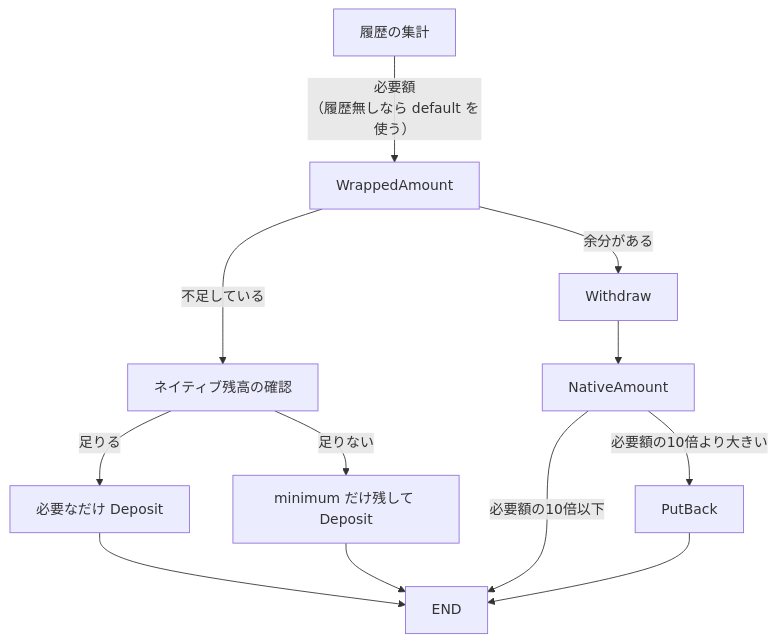
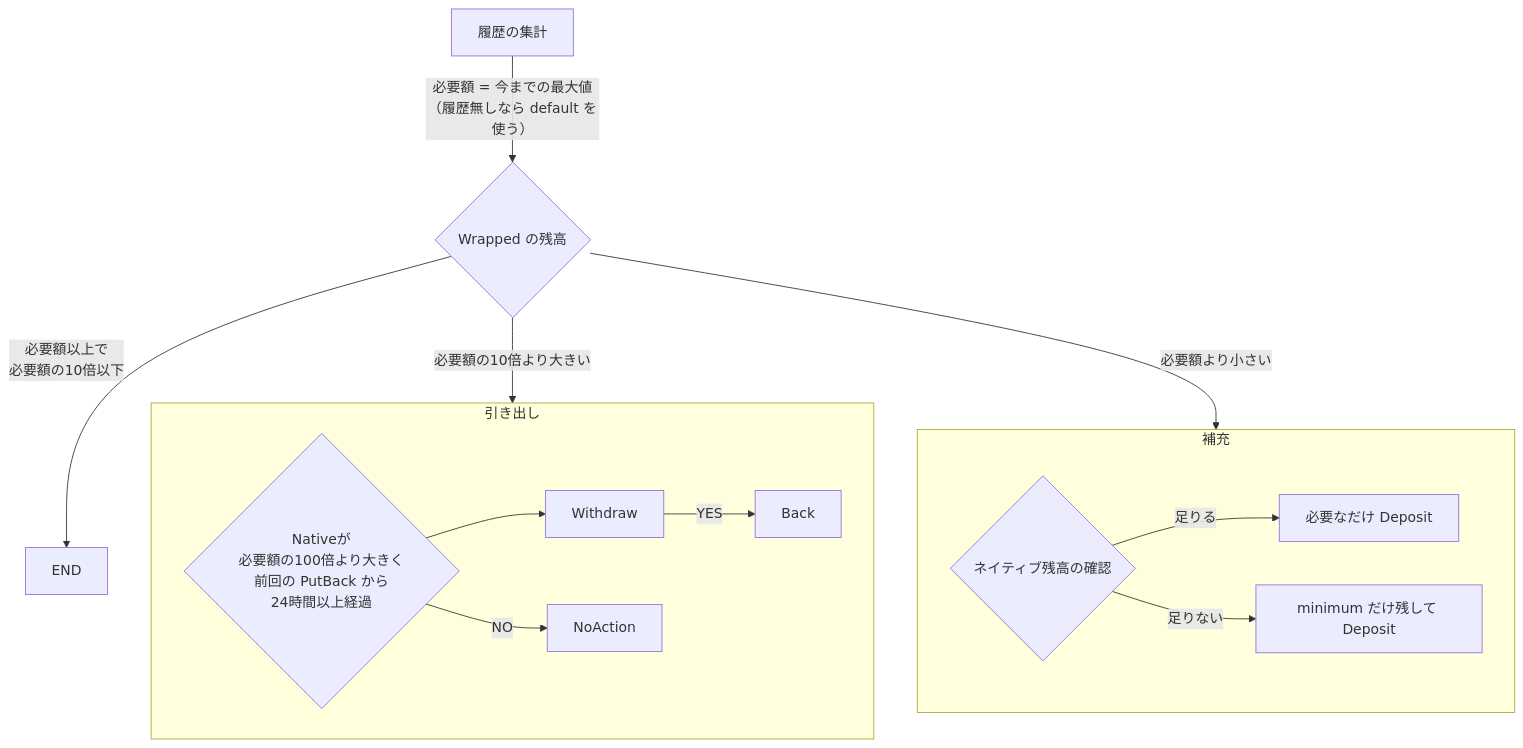
Before and after one commit to fathens/zaciraci: the diagram in diagram/account_balance.mermaid, drawn with Mermaid.

Commit message:
Refactor account balance flow in mermaid diagram.
Updated the logic to clearly separate "PutWrap" and "PutBack" processes while refining the conditions for handling balances. Simplified and clarified transitions for better readability and maintainability.

```diff
--- a/diagram/account_balance.mermaid
+++ b/diagram/account_balance.mermaid
@@ -1,12 +1,18 @@
 graph TD
-    StatsHistory[履歴の集計] -->|必要額<br>（履歴無しなら default を使う）| WrappedAmount
-    WrappedAmount -->|余分がある| Withdraw
-    WrappedAmount -->|不足している| CheckNative[ネイティブ残高の確認]
-    CheckNative -->|足りる| DepositFull[必要なだけ Deposit]
-    CheckNative -->|足りない| DepositLess[minimum だけ残して Deposit]
-    DepositFull --> END
-    DepositLess --> END
-    Withdraw --> NativeAmount
-    NativeAmount -->|必要額の10倍以下| END
-    NativeAmount -->|必要額の10倍より大きい| PutBack
-    PutBack --> END
+    StatsHistory[履歴の集計] -->|必要額 = 今までの最大値<br>（履歴無しなら default を使う）| WrappedAmount{Wrapped の残高}
+    WrappedAmount -->|必要額の10倍より大きい| PutBack
+    WrappedAmount -->|必要額以上で<br>必要額の10倍以下| END
+    WrappedAmount -->|必要額より小さい| PutWrap
+
+    subgraph PutWrap[補充]
+        CheckNative{ネイティブ残高の確認}
+        CheckNative -->|足りる| DepositFull[必要なだけ Deposit]
+        CheckNative -->|足りない| DepositLess[minimum だけ残して Deposit]
+    end
+
+    subgraph PutBack[引き出し]
+        NativeAmount{Nativeが<br>必要額の100倍より大きく<br>前回の PutBack から<br>24時間以上経過}
+        NativeAmount --> Withdraw
+        Withdraw -->|YES| Back
+        NativeAmount -->|NO| NoAction
+    end
```
